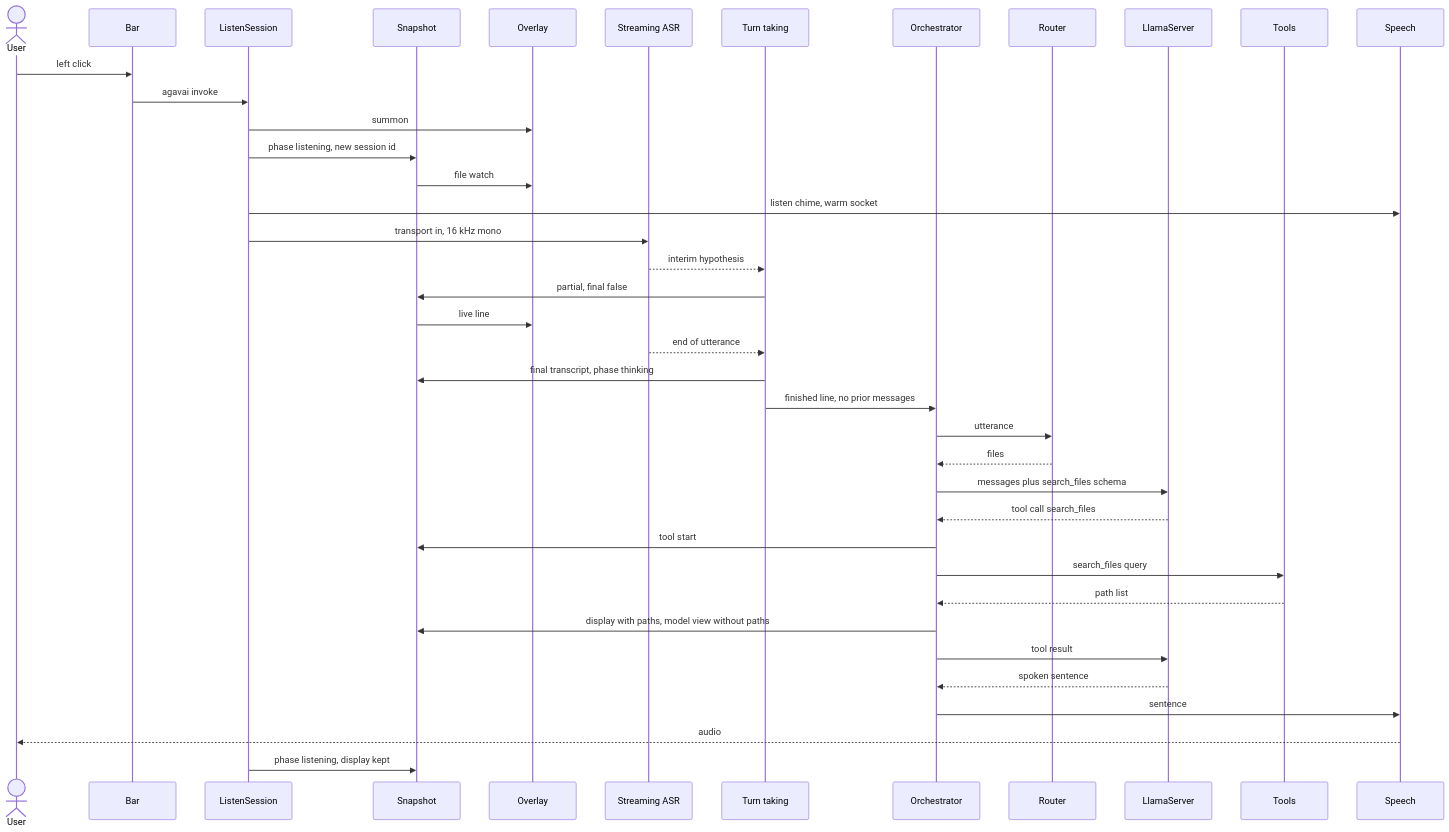
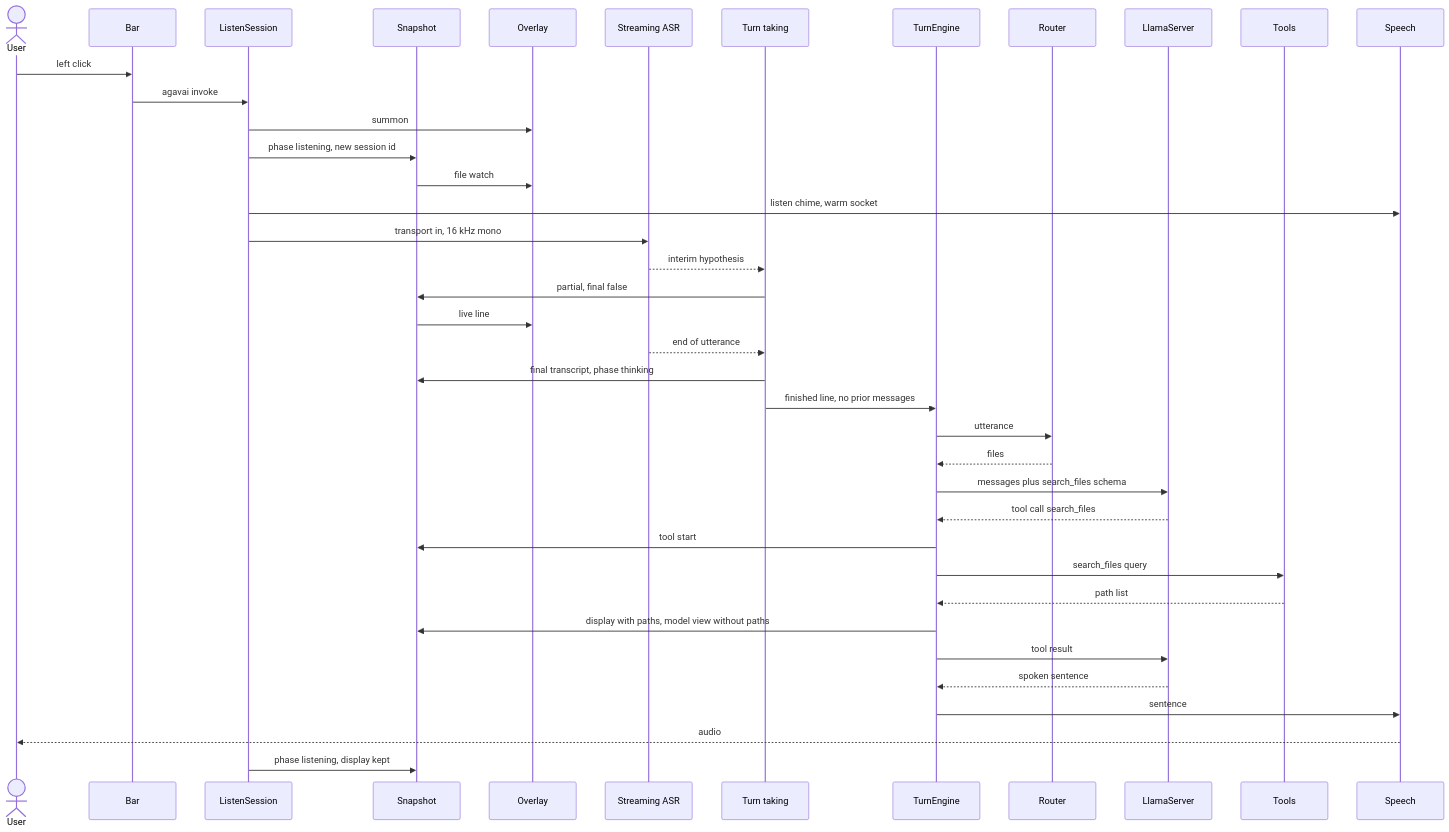
Before and after one commit to Janarthanam/agavai: the third of 4 diagrams in docs/flow.md, drawn with Mermaid. The commit also changed other lines of this file and 14 other files, not shown here.

Commit message:
Align architecture and runtime docs with the Agavai harness

````diff
--- a/docs/flow.md
+++ b/docs/flow.md
@@ -334,42 +377,42 @@
 ```mermaid
 sequenceDiagram
   actor User
   participant Bar
   participant ListenSession
   participant Snapshot
   participant Overlay
   participant StreamingAsr as Streaming ASR
   participant TurnTaking as Turn taking
-  participant Orchestrator
+  participant TurnEngine
   participant Router
   participant LlamaServer
   participant Tools
   participant Speech
 
   User->>Bar: left click
   Bar->>ListenSession: agavai invoke
   ListenSession->>Overlay: summon
   ListenSession->>Snapshot: phase listening, new session id
   Snapshot->>Overlay: file watch
   ListenSession->>Speech: listen chime, warm socket
   ListenSession->>StreamingAsr: transport in, 16 kHz mono
   StreamingAsr-->>TurnTaking: interim hypothesis
   TurnTaking->>Snapshot: partial, final false
   Snapshot->>Overlay: live line
   StreamingAsr-->>TurnTaking: end of utterance
   TurnTaking->>Snapshot: final transcript, phase thinking
-  TurnTaking->>Orchestrator: finished line, no prior messages
-  Orchestrator->>Router: utterance
-  Router-->>Orchestrator: files
-  Orchestrator->>LlamaServer: messages plus search_files schema
-  LlamaServer-->>Orchestrator: tool call search_files
-  Orchestrator->>Snapshot: tool start
-  Orchestrator->>Tools: search_files query
-  Tools-->>Orchestrator: path list
-  Orchestrator->>Snapshot: display with paths, model view without paths
-  Orchestrator->>LlamaServer: tool result
-  LlamaServer-->>Orchestrator: spoken sentence
-  Orchestrator->>Speech: sentence
+  TurnTaking->>TurnEngine: finished line, no prior messages
+  TurnEngine->>Router: utterance
+  Router-->>TurnEngine: files
+  TurnEngine->>LlamaServer: messages plus search_files schema
+  LlamaServer-->>TurnEngine: tool call search_files
+  TurnEngine->>Snapshot: tool start
+  TurnEngine->>Tools: search_files query
+  Tools-->>TurnEngine: path list
+  TurnEngine->>Snapshot: display with paths, model view without paths
+  TurnEngine->>LlamaServer: tool result
+  LlamaServer-->>TurnEngine: spoken sentence
+  TurnEngine->>Speech: sentence
   Speech-->>User: audio
   ListenSession->>Snapshot: phase listening, display kept
 ```
````
